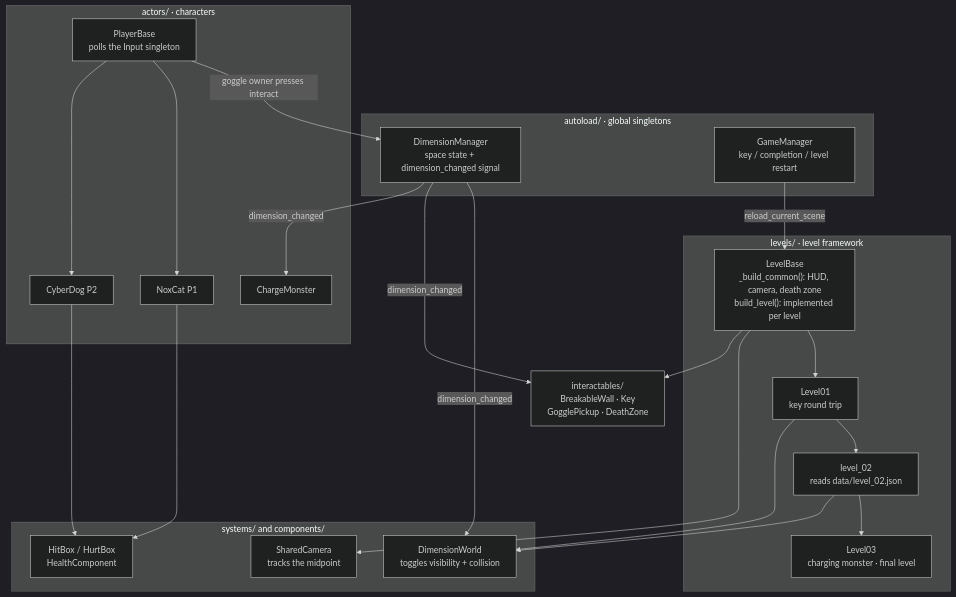
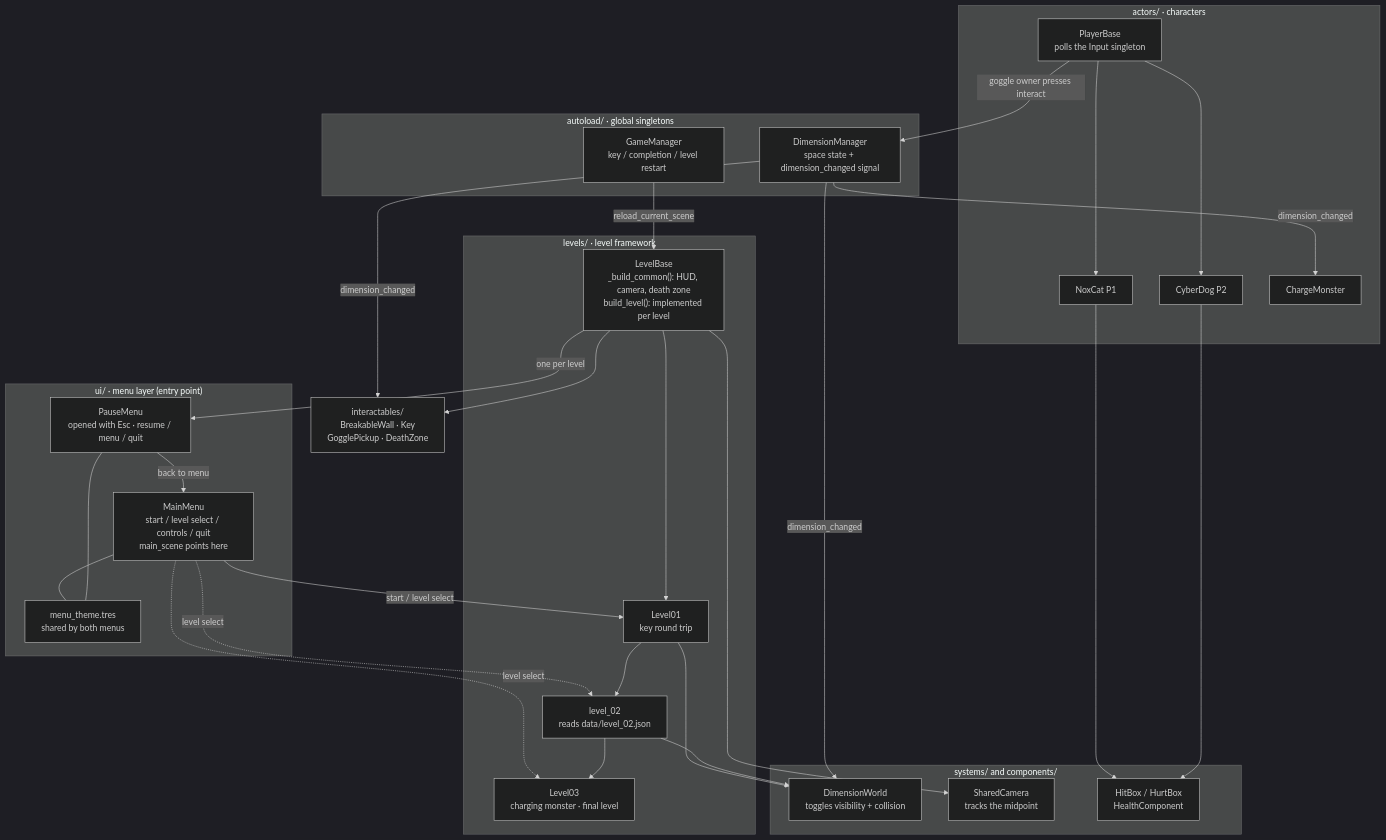
One commit to RainYu0510/hackathon changed the diagram in README.en.md. Above: the diagram before and after it, drawn with Mermaid (dark theme). The commit also changed other lines of this file and 6 other files, not shown here.

````diff
--- a/README.en.md
+++ b/README.en.md
@@ -33,44 +33,57 @@
 ```mermaid
 flowchart TB
+    subgraph UI["ui/ · menu layer (entry point)"]
+        MM["MainMenu<br/>start / level select / controls / quit<br/>main_scene points here"]
+        PM["PauseMenu<br/>opened with Esc · resume / menu / quit"]
+        TH["menu_theme.tres<br/>shared by both menus"]
+    end
+
     subgraph AL["autoload/ · global singletons"]
         DM["DimensionManager<br/>space state + dimension_changed signal"]
         GM["GameManager<br/>key / completion / level restart"]
     end
 
     subgraph LV["levels/ · level framework"]
         LB["LevelBase<br/>_build_common(): HUD, camera, death zone<br/>build_level(): implemented per level"]
         L1["Level01<br/>key round trip"]
         L2["level_02<br/>reads data/level_02.json"]
         L3["Level03<br/>charging monster · final level"]
     end
 
     subgraph AC["actors/ · characters"]
         PB["PlayerBase<br/>polls the Input singleton"]
         NC["NoxCat P1"]
         CD["CyberDog P2"]
         CM["ChargeMonster"]
     end
 
     subgraph SY["systems/ and components/"]
         DW["DimensionWorld<br/>toggles visibility + collision"]
         SC["SharedCamera<br/>tracks the midpoint"]
         CP["HitBox / HurtBox<br/>HealthComponent"]
     end
 
     BW["interactables/<br/>BreakableWall · Key<br/>GogglePickup · DeathZone"]
 
+    MM -- "start / level select" --> L1
+    MM -. level select .-> L2
+    MM -. level select .-> L3
+    MM --- TH
+    PM --- TH
+    LB -- "one per level" --> PM
+    PM -- "back to menu" --> MM
     DM -- dimension_changed --> DW
     DM -- dimension_changed --> BW
     DM -- dimension_changed --> CM
     PB -- "goggle owner presses interact" --> DM
     GM -- reload_current_scene --> LB
     LB --> L1 --> L2 --> L3
     LB --> SC
     LB --> BW
     PB --> NC
     PB --> CD
     NC --> CP
     CD --> CP
     L1 --> DW
     L2 --> DW
 ```
````
